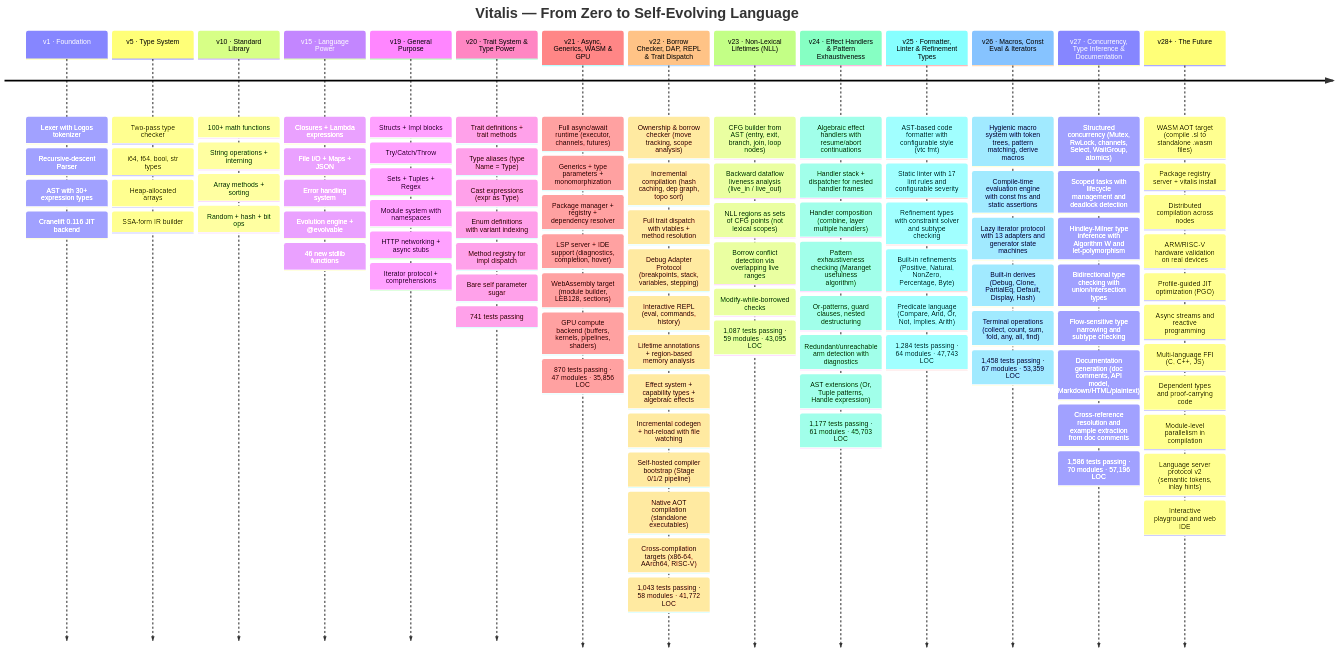
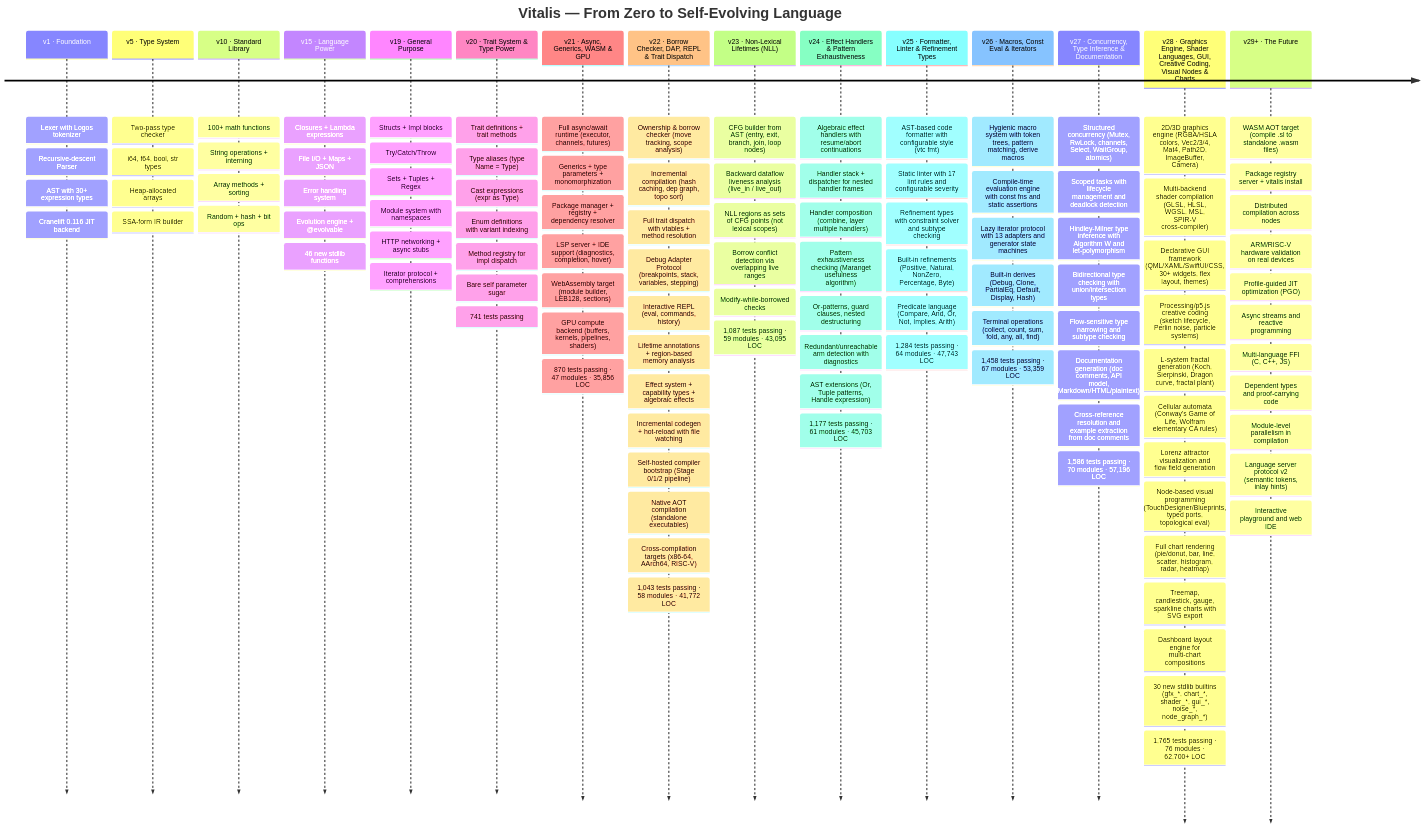
Before and after one commit to ModernOps888/vitalis: the seventh of 7 diagrams in README.md, drawn with Mermaid. The commit also changed other lines of this file and 11 other files, not shown here.

First line of the commit message:
v28.0.0: Graphics Engine, Shader Languages, GUI Framework, Creative Coding, Visual Nodes & Chart Rendering

```diff
--- a/README.md
+++ b/README.md
@@ -1131,7 +1144,22 @@
         : Cross-reference resolution and example extraction from doc comments
         : 1,586 tests passing · 70 modules · 57,196 LOC
 
-    v28+ · The Future
+    v28 · Graphics Engine, Shader Languages, GUI, Creative Coding, Visual Nodes & Charts
+        : 2D/3D graphics engine (RGBA/HSLA colors, Vec2/3/4, Mat4, Path2D, ImageBuffer, Camera)
+        : Multi-backend shader compilation (GLSL, HLSL, WGSL, MSL, SPIR-V cross-compiler)
+        : Declarative GUI framework (QML/XAML/SwiftUI/CSS, 30+ widgets, flex layout, themes)
+        : Processing/p5.js creative coding (sketch lifecycle, Perlin noise, particle systems)
+        : L-system fractal generation (Koch, Sierpinski, Dragon curve, fractal plant)
+        : Cellular automata (Conway's Game of Life, Wolfram elementary CA rules)
+        : Lorenz attractor visualization and flow field generation
+        : Node-based visual programming (TouchDesigner/Blueprints, typed ports, topological eval)
+        : Full chart rendering (pie/donut, bar, line, scatter, histogram, radar, heatmap)
+        : Treemap, candlestick, gauge, sparkline charts with SVG export
+        : Dashboard layout engine for multi-chart compositions
+        : 30 new stdlib builtins (gfx_*, chart_*, shader_*, gui_*, noise_*, node_graph_*)
+        : 1,765 tests passing · 76 modules · 62,700+ LOC
+
+    v29+ · The Future
         : WASM AOT target (compile .sl to standalone .wasm files)
         : Package registry server + vitalis install
         : Distributed compilation across nodes
```
